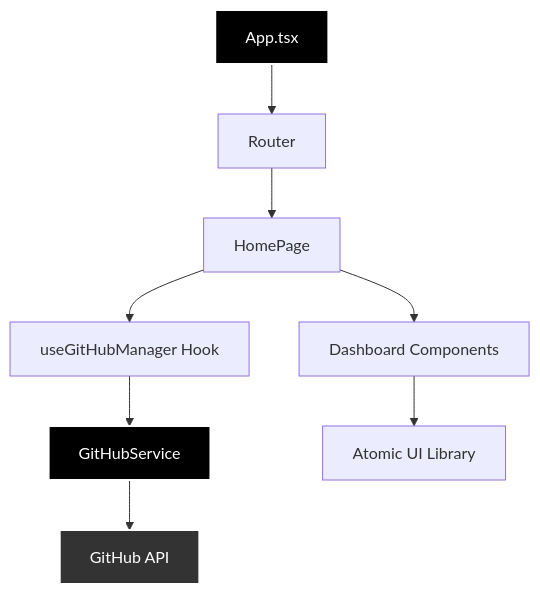
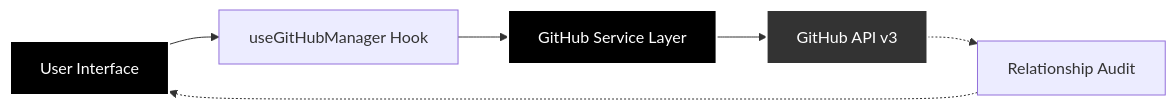
The diagram in README.md (ArshVermaGit/github-followers-manager), drawn with Mermaid before and after one commit. The commit also changed other lines of this file, not shown here.

````diff
--- a/README.md
+++ b/README.md
@@ -66,13 +76,12 @@
 ```mermaid
-graph TD
-    A[App.tsx] --> B[Router]
-    B --> C[HomePage]
-    C --> F[useGitHubManager Hook]
-    F --> G[GitHubService]
-    G --> H[GitHub API]
-    C --> I[Dashboard Components]
-    I --> J[Atomic UI Library]
+graph LR
+    A[User Interface] --> B[useGitHubManager Hook]
+    B --> C[GitHub Service Layer]
+    C --> D[GitHub API v3]
+    D -.-> E[Relationship Audit]
+    E -.-> A
+
     style A fill:#000,stroke:#fff,stroke-width:2px,color:#fff
-    style G fill:#000,stroke:#fff,stroke-width:2px,color:#fff
-    style H fill:#333,stroke:#fff,stroke-width:2px,color:#fff
+    style C fill:#000,stroke:#fff,stroke-width:2px,color:#fff
+    style D fill:#333,stroke:#fff,stroke-width:2px,color:#fff
 ```
````
